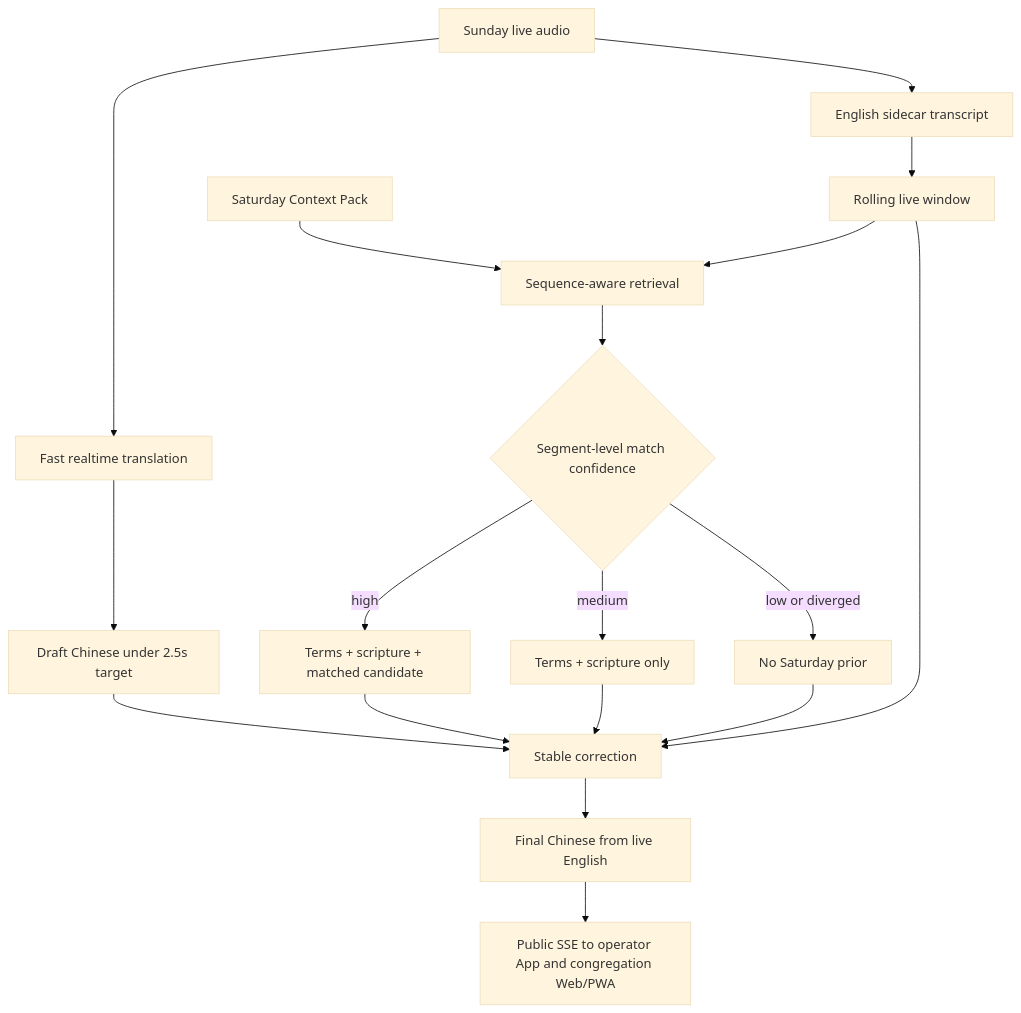
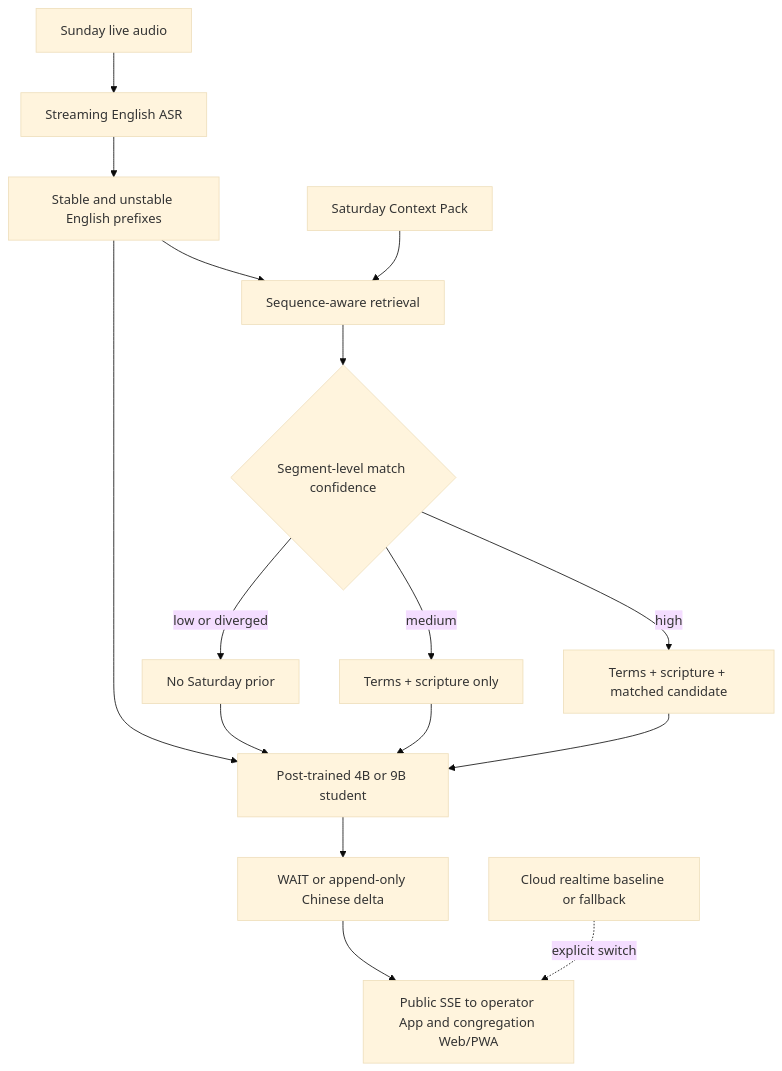
The fifth of 6 diagrams in docs/ios-live-sermon-translation-app.zh.md (JonathanJing/sermon-video-zh-subtitles), drawn with Mermaid (base theme) before and after one commit. The commit also changed other lines of this file and 10 other files, not shown here.

Commit message:
docs: define sermon translation post-training plan

````diff
--- a/docs/ios-live-sermon-translation-app.zh.md
+++ b/docs/ios-live-sermon-translation-app.zh.md
@@ -540,20 +552,18 @@
 ```mermaid
 flowchart TD
-    A[Sunday live audio] --> B[Fast realtime translation]
-    B --> C[Draft Chinese under 2.5s target]
-    A --> D[English sidecar transcript]
-    D --> E[Rolling live window]
+    A[Sunday live audio] --> B[Streaming English ASR]
+    B --> E[Stable and unstable English prefixes]
     P[Saturday Context Pack] --> F[Sequence-aware retrieval]
     E --> F
     F --> G{Segment-level match confidence}
     G -->|high| H[Terms + scripture + matched candidate]
     G -->|medium| I[Terms + scripture only]
     G -->|low or diverged| J[No Saturday prior]
-    C --> K[Stable correction]
-    E --> K
+    E --> K[Post-trained 4B or 9B student]
     H --> K
     I --> K
     J --> K
-    K --> L[Final Chinese from live English]
+    K --> L[WAIT or append-only Chinese delta]
     L --> M[Public SSE to operator App and congregation Web/PWA]
+    Q[Cloud realtime baseline or fallback] -. explicit switch .-> M
 ```
````
